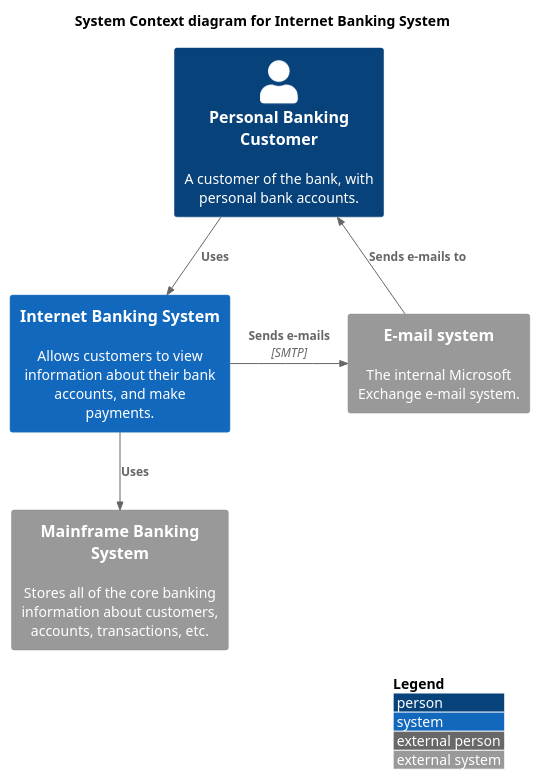
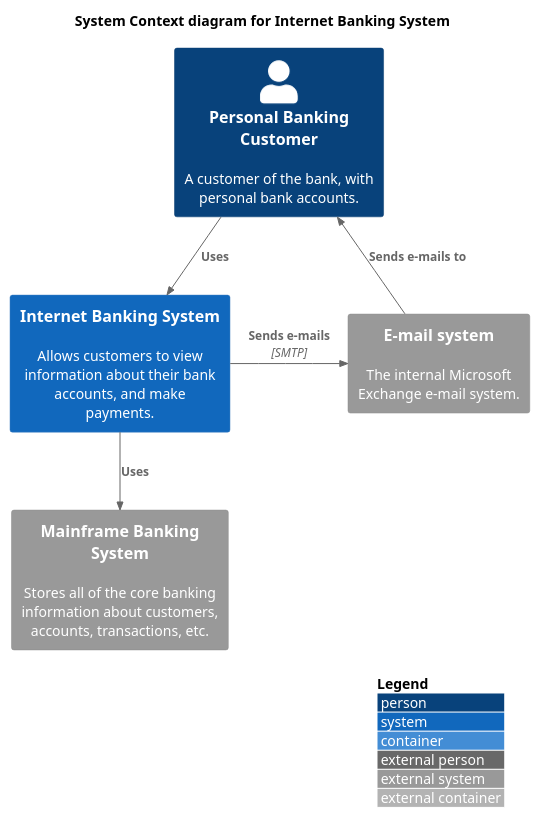
Before and after one commit to pniewiejski/C4-PlantUML: the diagram in samples/C4_Context Diagram Sample - bigbankplc.puml, drawn with PlantUML. The commit also changed 14 other files, not shown here.

Commit message:
Use raw github imports from pniewiejski/pniewiejski-puml-1.2020.07

```diff
--- a/samples/C4_Context Diagram Sample - bigbankplc.puml
+++ b/samples/C4_Context Diagram Sample - bigbankplc.puml
@@ -1,20 +1,21 @@
 @startuml
-!include https://raw.githubusercontent.com/adrianvlupu/C4-PlantUML/latest/C4_Context.puml
+!include https://raw.githubusercontent.com/pniewiejski/C4-PlantUML/pniewiejski-puml-1.2020.07/C4_Container.puml
+' !include https://raw.githubusercontent.com/adrianvlupu/C4-PlantUML/latest/C4_Context.puml
 ' uncomment the following line and comment the first to use locally
 ' !include C4_Context.puml
 
 LAYOUT_WITH_LEGEND()
 
 title System Context diagram for Internet Banking System
 
 Person(customer, "Personal Banking Customer", "A customer of the bank, with personal bank accounts.")
 System(banking_system, "Internet Banking System", "Allows customers to view information about their bank accounts, and make payments.")
 
 System_Ext(mail_system, "E-mail system", "The internal Microsoft Exchange e-mail system.")
 System_Ext(mainframe, "Mainframe Banking System", "Stores all of the core banking information about customers, accounts, transactions, etc.")
 
 Rel(customer, banking_system, "Uses")
 Rel_Back(customer, mail_system, "Sends e-mails to")
 Rel_Neighbor(banking_system, mail_system, "Sends e-mails", "SMTP")
 Rel(banking_system, mainframe, "Uses")
 @enduml
```
